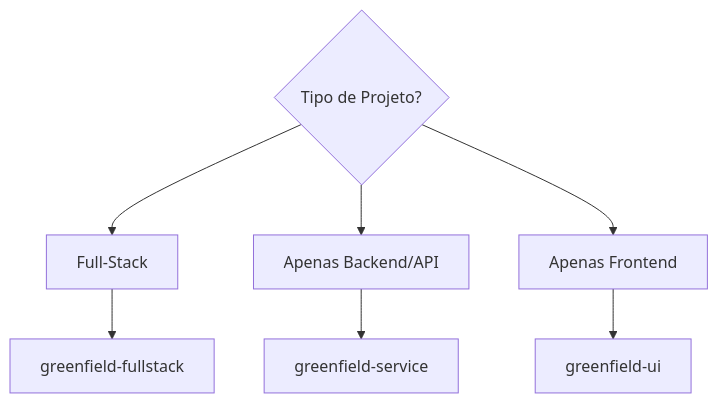
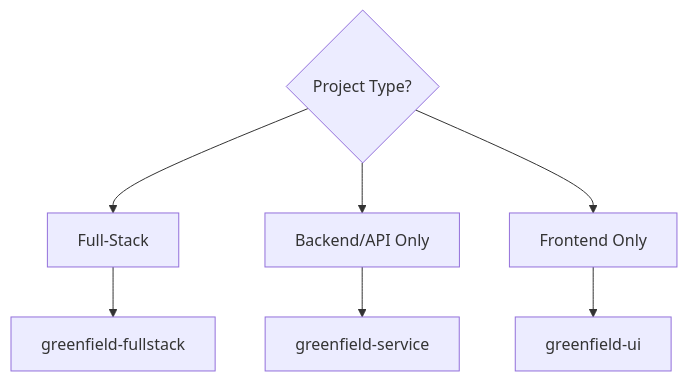
The second of 3 diagrams in docs/aexos-workflows/README.md (CyryxLabs/AEXOS), drawn with Mermaid before and after one commit. The commit also changed other lines of this file and 528 other files, not shown here.

````diff
--- a/docs/aexos-workflows/README.md
+++ b/docs/aexos-workflows/README.md
@@ -160,10 +158,10 @@
 ```mermaid
 flowchart TD
-    A{Tipo de Projeto?} --> B[Full-Stack]
-    A --> C[Apenas Backend/API]
-    A --> D[Apenas Frontend]
+    A{Project Type?} --> B[Full-Stack]
+    A --> C[Backend/API Only]
+    A --> D[Frontend Only]
 
     B --> E[greenfield-fullstack]
     C --> F[greenfield-service]
     D --> G[greenfield-ui]
 ```
````
